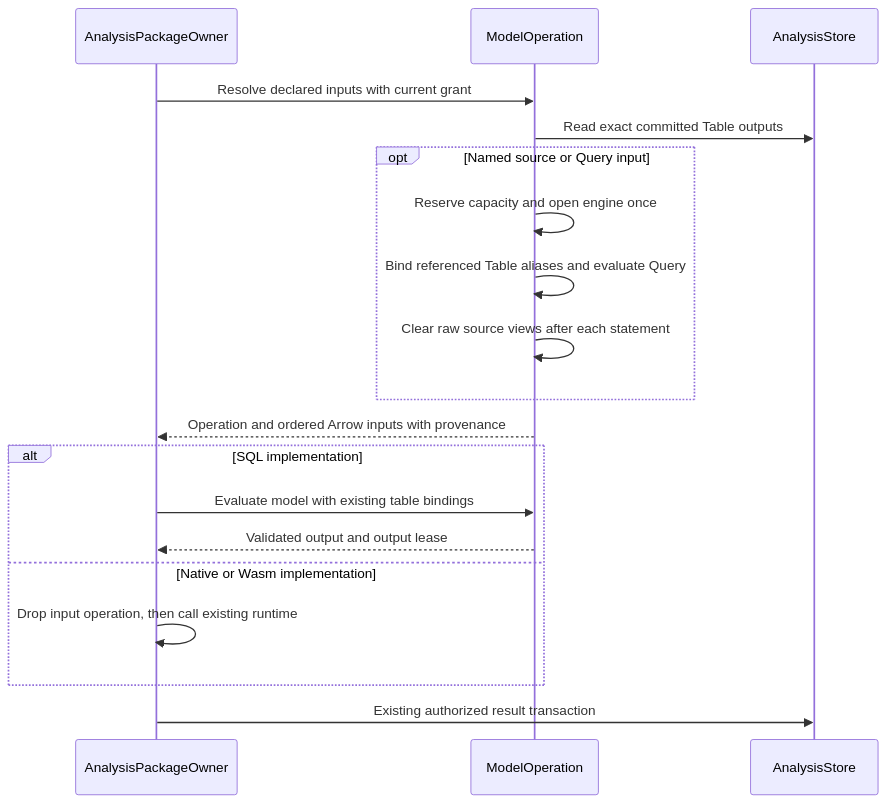
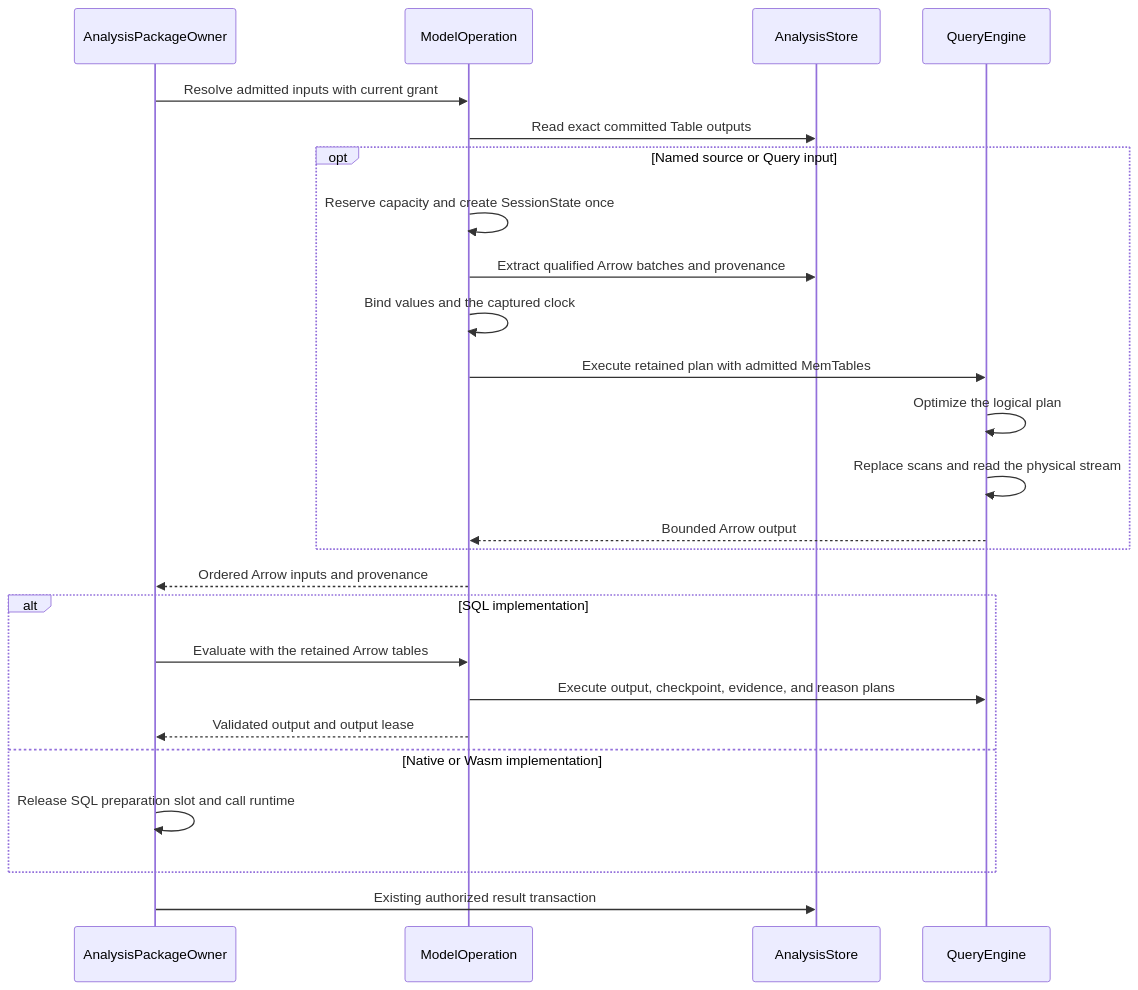
The diagram in docs/guides/araphor-sql-operation-review.md (Ereborlabs/erebor-runtime), drawn with Mermaid before and after one commit. The commit also changed other lines of this file and 54 other files, not shown here.

Commit message:
Execute admitted SQL on DataFusion Arrow streams

````diff
--- a/docs/guides/araphor-sql-operation-review.md
+++ b/docs/guides/araphor-sql-operation-review.md
@@ -25,21 +38,27 @@
 ```mermaid
 sequenceDiagram
     participant Package as AnalysisPackageOwner
     participant Input as ModelOperation
     participant Store as AnalysisStore
-    Package->>Input: Resolve declared inputs with current grant
+    participant Engine as QueryEngine
+    Package->>Input: Resolve admitted inputs with current grant
     Input->>Store: Read exact committed Table outputs
     opt Named source or Query input
-        Input->>Input: Reserve capacity and open engine once
-        Input->>Input: Bind referenced Table aliases and evaluate Query
-        Input->>Input: Clear raw source views after each statement
+        Input->>Input: Reserve capacity and create SessionState once
+        Input->>Store: Extract qualified Arrow batches and provenance
+        Input->>Input: Bind values and the captured clock
+        Input->>Engine: Execute retained plan with admitted MemTables
+        Engine->>Engine: Optimize the logical plan
+        Engine->>Engine: Replace scans and read the physical stream
+        Engine-->>Input: Bounded Arrow output
     end
-    Input-->>Package: Operation and ordered Arrow inputs with provenance
+    Input-->>Package: Ordered Arrow inputs and provenance
     alt SQL implementation
-        Package->>Input: Evaluate model with existing table bindings
+        Package->>Input: Evaluate with the retained Arrow tables
+        Input->>Engine: Execute output, checkpoint, evidence, and reason plans
         Input-->>Package: Validated output and output lease
     else Native or Wasm implementation
-        Package->>Package: Drop input operation, then call existing runtime
+        Package->>Package: Release SQL preparation slot and call runtime
     end
     Package->>Store: Existing authorized result transaction
 ```
````
